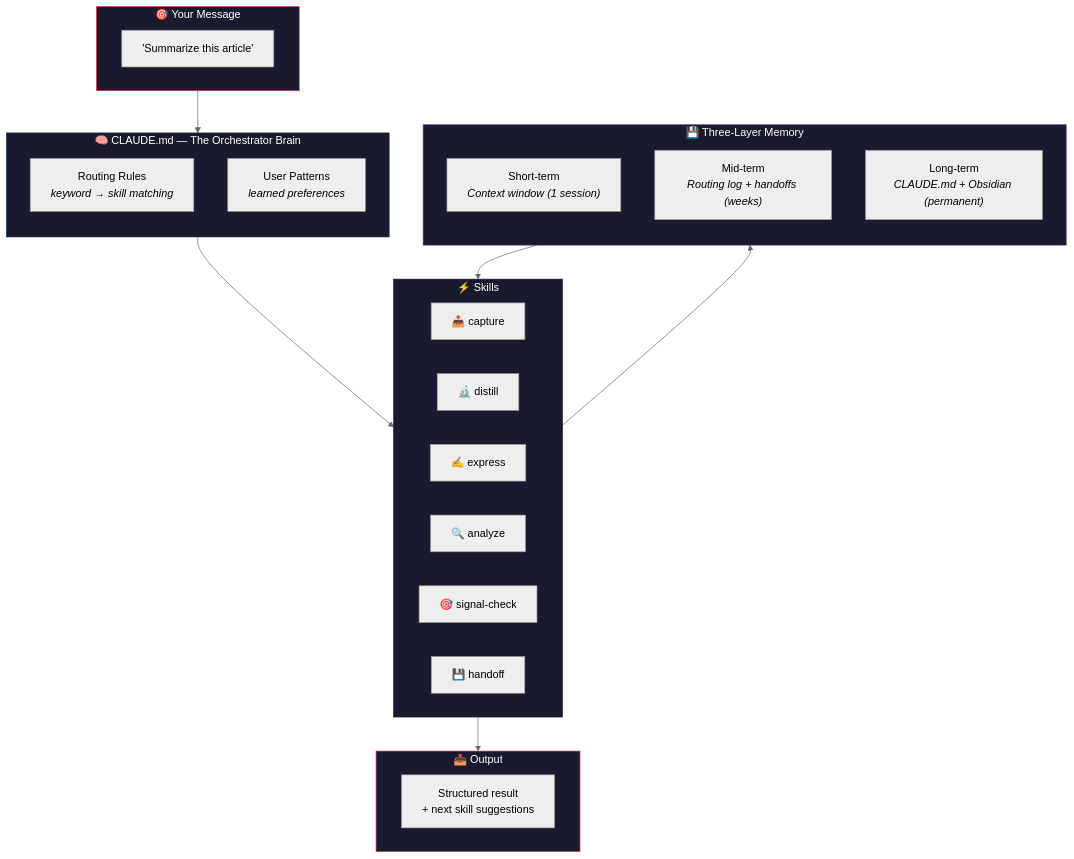
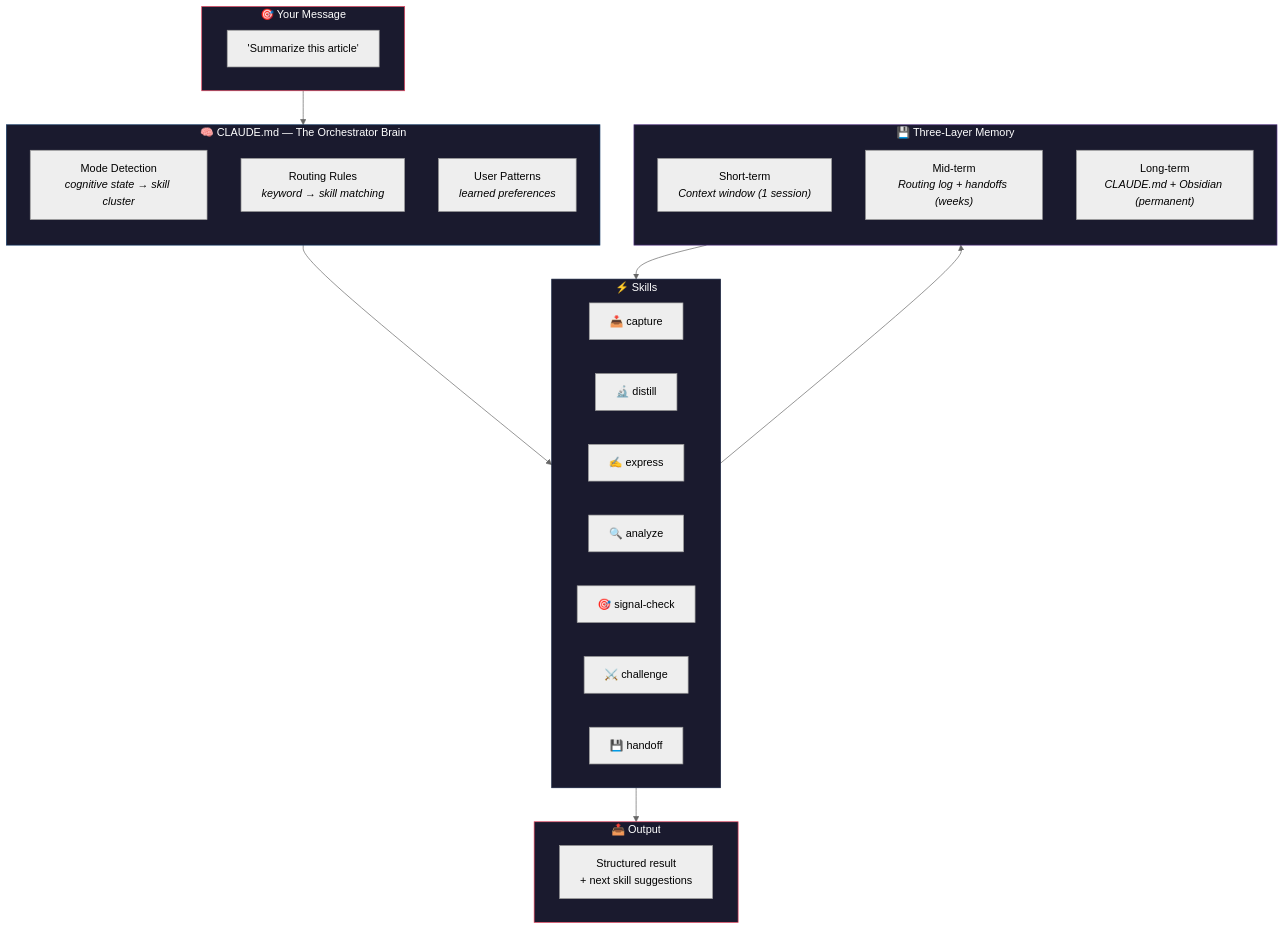
One commit to janrummel/claude-orchestrator-starter changed the first of 4 diagrams in README.md. Above: the diagram before and after it, drawn with Mermaid (neutral theme). The commit also changed other lines of this file and 4 other files, not shown here.

First line of the commit message:
Add challenge skill, mode detection, and Claude-inspired design

````diff
--- a/README.md
+++ b/README.md
@@ -53,46 +59,48 @@
 ```mermaid
 flowchart TB
     subgraph INPUT ["🎯 Your Message"]
         direction LR
         msg["'Summarize this article'"]
     end
 
     subgraph BRAIN ["🧠 CLAUDE.md — The Orchestrator Brain"]
         direction TB
+        mode["Mode Detection<br/><i>cognitive state → skill cluster</i>"]
         route["Routing Rules<br/><i>keyword → skill matching</i>"]
         patterns["User Patterns<br/><i>learned preferences</i>"]
     end
 
     subgraph SKILLS ["⚡ Skills"]
         direction LR
         capture["📥 capture"]
         distill["🔬 distill"]
         express["✍️ express"]
         analyze["🔍 analyze"]
         signal["🎯 signal-check"]
+        challenge["⚔️ challenge"]
         handoff["💾 handoff"]
     end
 
     subgraph MEMORY ["💾 Three-Layer Memory"]
         direction TB
         short["Short-term<br/><i>Context window (1 session)</i>"]
         mid["Mid-term<br/><i>Routing log + handoffs (weeks)</i>"]
         long["Long-term<br/><i>CLAUDE.md + Obsidian (permanent)</i>"]
     end
 
     subgraph OUTPUT ["📤 Output"]
         result["Structured result<br/>+ next skill suggestions"]
     end
 
     INPUT --> BRAIN
     BRAIN --> SKILLS
     SKILLS --> MEMORY
     MEMORY --> SKILLS
     SKILLS --> OUTPUT
 
     style INPUT fill:#1a1a2e,stroke:#e94560,color:#fff
     style BRAIN fill:#1a1a2e,stroke:#0f3460,color:#fff
     style SKILLS fill:#1a1a2e,stroke:#16213e,color:#fff
     style MEMORY fill:#1a1a2e,stroke:#533483,color:#fff
     style OUTPUT fill:#1a1a2e,stroke:#e94560,color:#fff
 ```
````
